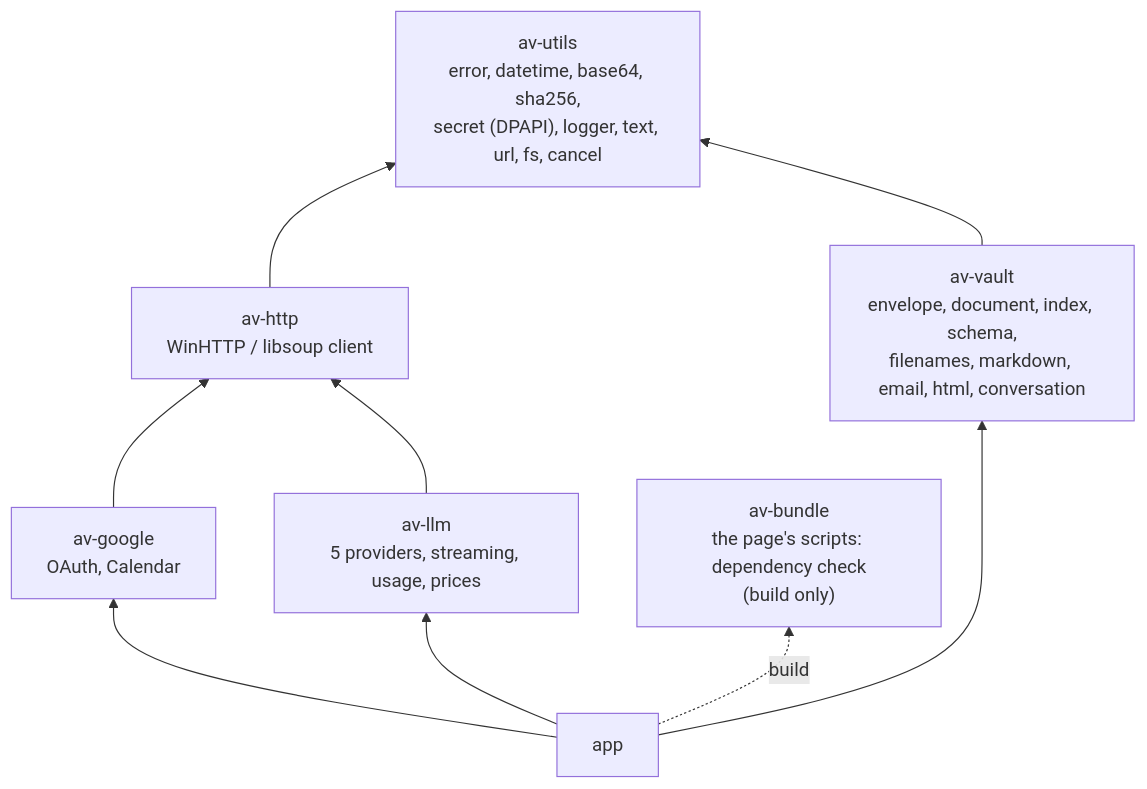
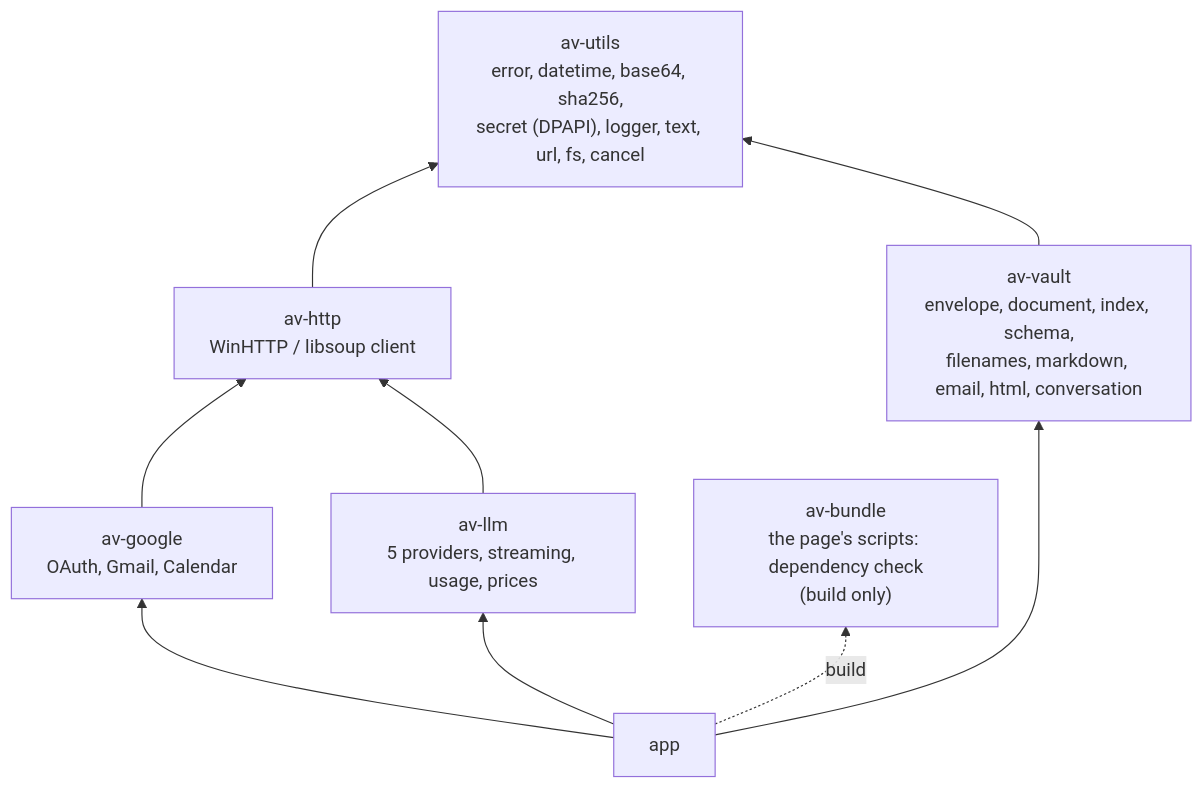
The diagram in docs/architecture.md (steschu77/avelor), drawn with Mermaid before and after one commit. The commit also changed other lines of this file and 2 other files, not shown here.

Commit message:
feat(av-google): Gmail
av-google reads Gmail: the import's filter as a Gmail query, the ids of
every message it matches, a message's preview headers, the account's own
labels, and a message's raw RFC 822 bytes for the MIME parser.

````diff
--- a/docs/architecture.md
+++ b/docs/architecture.md
@@ -228,18 +228,18 @@
 ```mermaid
 flowchart BT
     utils["av-utils<br/>error, datetime, base64, sha256,<br/>secret (DPAPI), logger, text, url, fs, cancel"]
     http["av-http<br/>WinHTTP / libsoup client"]
     vault["av-vault<br/>envelope, document, index, schema,<br/>filenames, markdown, email, html, conversation"]
-    google["av-google<br/>OAuth, Calendar"]
+    google["av-google<br/>OAuth, Gmail, Calendar"]
     llm["av-llm<br/>5 providers, streaming, usage, prices"]
     bundle["av-bundle<br/>the page's scripts: dependency check<br/>(build only)"]
     app["app"]
     http --> utils
     vault --> utils
     google --> http
     llm --> http
     app --> vault
     app --> google
     app --> llm
     app -. build .-> bundle
 ```
````
